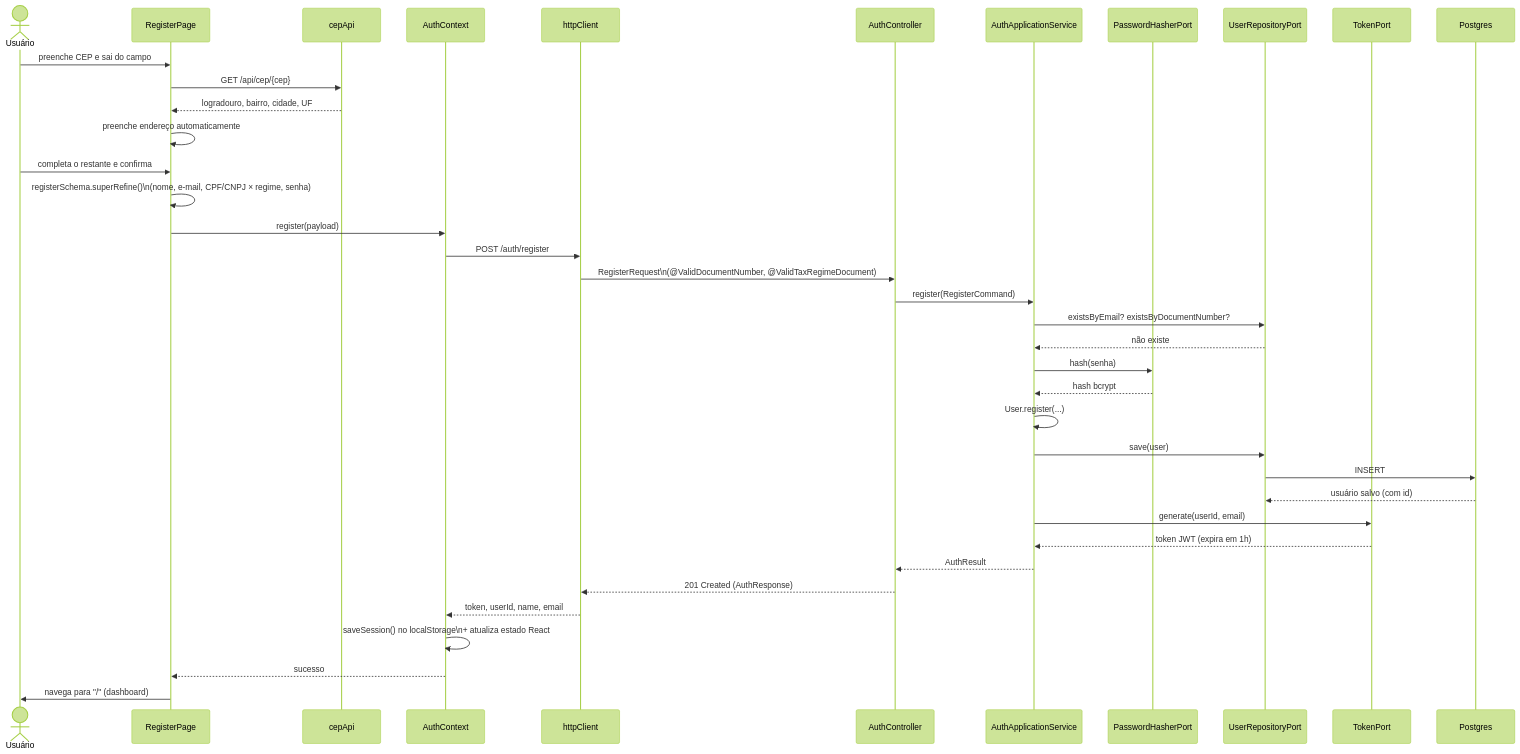
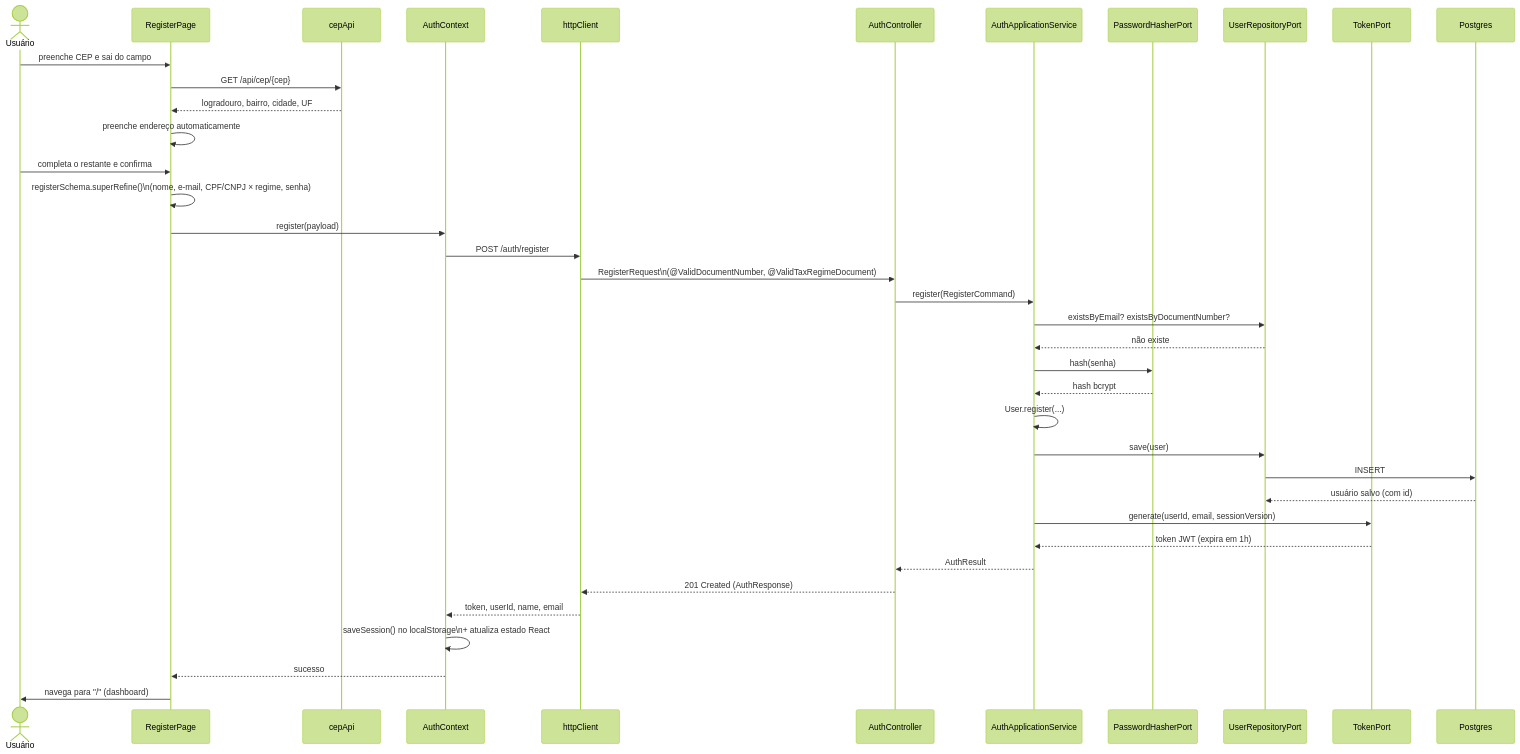
Before and after one commit to leozztto/LmfFinPro: the second of 4 diagrams in docs/tecnica/fluxo-autenticacao.md, drawn with Mermaid (forest theme). The commit also changed other lines of this file and 5 other files, not shown here.

````diff
--- a/docs/tecnica/fluxo-autenticacao.md
+++ b/docs/tecnica/fluxo-autenticacao.md
@@ -99,42 +132,42 @@
 ```mermaid
 sequenceDiagram
     actor U as Usuário
     participant Form as RegisterPage
     participant CepApi as cepApi
     participant AuthCtx as AuthContext
     participant Http as httpClient
     participant Ctrl as AuthController
     participant Svc as AuthApplicationService
     participant Hash as PasswordHasherPort
     participant Repo as UserRepositoryPort
     participant Jwt as TokenPort
     participant DB as Postgres
 
     U->>Form: preenche CEP e sai do campo
     Form->>CepApi: GET /api/cep/{cep}
     CepApi-->>Form: logradouro, bairro, cidade, UF
     Form->>Form: preenche endereço automaticamente
 
     U->>Form: completa o restante e confirma
     Form->>Form: registerSchema.superRefine()\n(nome, e-mail, CPF/CNPJ × regime, senha)
     Form->>AuthCtx: register(payload)
     AuthCtx->>Http: POST /auth/register
     Http->>Ctrl: RegisterRequest\n(@ValidDocumentNumber, @ValidTaxRegimeDocument)
     Ctrl->>Svc: register(RegisterCommand)
     Svc->>Repo: existsByEmail? existsByDocumentNumber?
     Repo-->>Svc: não existe
     Svc->>Hash: hash(senha)
     Hash-->>Svc: hash bcrypt
     Svc->>Svc: User.register(...)
     Svc->>Repo: save(user)
     Repo->>DB: INSERT
     DB-->>Repo: usuário salvo (com id)
-    Svc->>Jwt: generate(userId, email)
+    Svc->>Jwt: generate(userId, email, sessionVersion)
     Jwt-->>Svc: token JWT (expira em 1h)
     Svc-->>Ctrl: AuthResult
     Ctrl-->>Http: 201 Created (AuthResponse)
     Http-->>AuthCtx: token, userId, name, email
     AuthCtx->>AuthCtx: saveSession() no localStorage\n+ atualiza estado React
     AuthCtx-->>Form: sucesso
     Form->>U: navega para "/" (dashboard)
 ```
````
